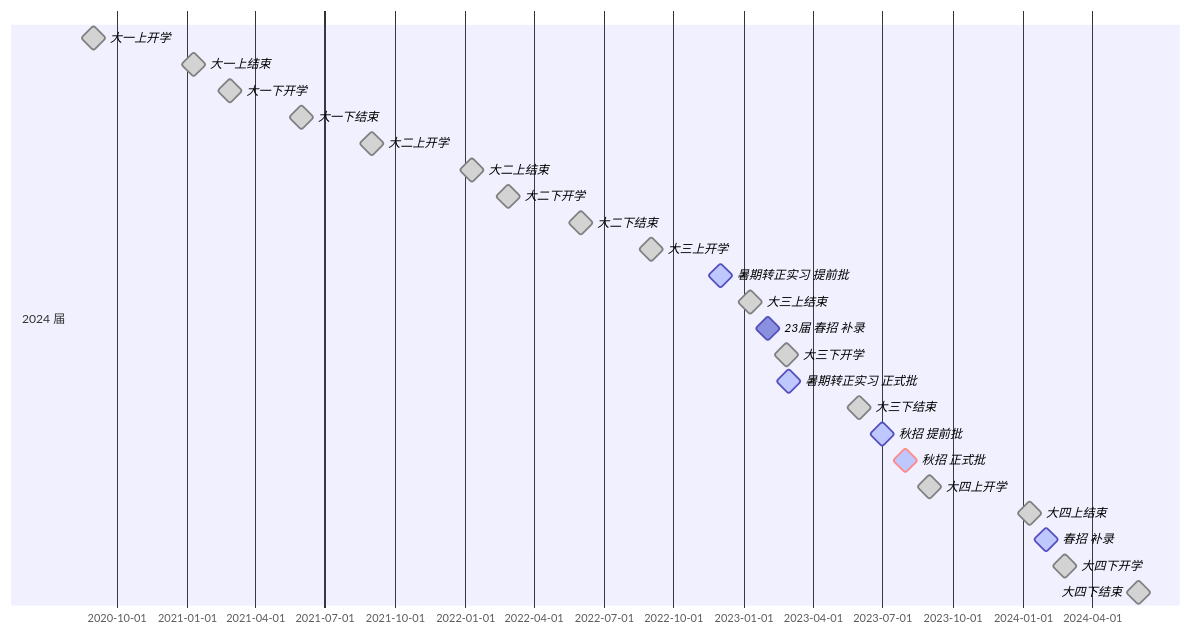
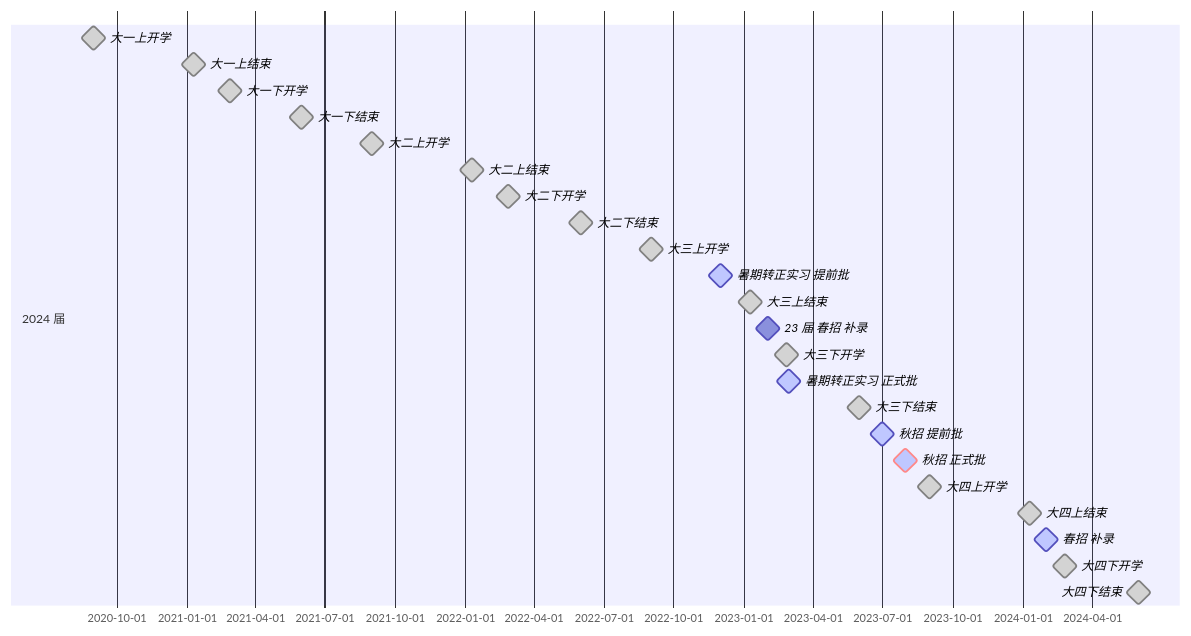
One commit to james-curtis/public-diary changed the first of 3 diagrams in 专题/【长线】实时关注招聘.md. Above: the diagram before and after it, drawn with Mermaid. The commit also changed other lines of this file, not shown here.

````diff
--- a/专题/【长线】实时关注招聘.md
+++ b/专题/【长线】实时关注招聘.md
@@ -46,45 +46,45 @@
 ```mermaid
 gantt
     dateFormat  YYYY-MM-DD
 
     section 2024 届
     大一上开学      :milestone, done, 2020-09-01, 0d
 
     大一上结束      :milestone, done, 2021-01-10, 0d
     大一下开学      :milestone, done, 2021-02-26, 0d
     大一下结束      :milestone, done, 2021-06-01, 0d
     大二上开学      :milestone, done, 2021-09-01, 0d
 
     大二上结束      :milestone, done, 2022-01-10, 0d
     大二下开学      :milestone, done, 2022-02-26, 0d
     大二下结束      :milestone, done, 2022-06-01, 0d
     大三上开学      :milestone, done, 2022-09-01, 0d
 
     %% 招聘
     暑期转正实习 提前批 :milestone, active, 2022-12-01, 0d
     %% 招聘
 
     大三上结束      :milestone, done, 2023-01-10, 0d
     %% 招聘
-    23届 春招 补录    :milestone, 2023-02-01, 0d
+    23 届 春招 补录    :milestone, 2023-02-01, 0d
     %% 招聘
     大三下开学      :milestone, done, 2023-02-26, 0d
     %% 招聘
     暑期转正实习 正式批 :milestone, active, 2023-03-01, 0d
     %% 招聘
     大三下结束      :milestone, done, 2023-06-01, 0d
     %% 招聘
     秋招 提前批     :milestone, active, 2023-07-01, 0d
     秋招 正式批     :milestone, active, crit, 2023-08-01, 0d
     %% 招聘
     大四上开学      :milestone, done, 2023-09-01, 0d
 
     大四上结束      :milestone, done, 2024-01-10, 0d
     %% 招聘
     春招 补录       :milestone, active, 2024-02-01, 0d
     %% 招聘
     大四下开学      :milestone, done, 2024-02-26, 0d
     大四下结束      :milestone, done, 2024-06-01, 0d
 
     %% 其他
 ```
````
